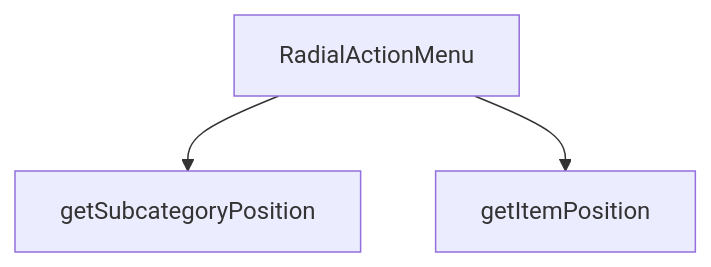
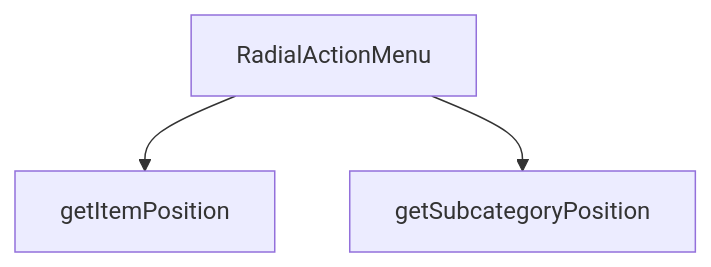
Before and after one commit to peckop/venthub-hvac-esite: the diagram in src/components/products/RadialActionMenu.md, drawn with Mermaid. The commit also changed other lines of this file and 189 other files, not shown here.

````diff
--- a/src/components/products/RadialActionMenu.md
+++ b/src/components/products/RadialActionMenu.md
@@ -262,8 +251,8 @@
 ```mermaid
 graph TD
     RadialActionMenu_tsx__RadialActionMenu["RadialActionMenu"]
     RadialActionMenu_tsx__getItemPosition["getItemPosition"]
     RadialActionMenu_tsx__getSubcategoryPosition["getSubcategoryPosition"]
+    RadialActionMenu_tsx__RadialActionMenu --> RadialActionMenu_tsx__getItemPosition
     RadialActionMenu_tsx__RadialActionMenu --> RadialActionMenu_tsx__getSubcategoryPosition
-    RadialActionMenu_tsx__RadialActionMenu --> RadialActionMenu_tsx__getItemPosition
 ```
````
